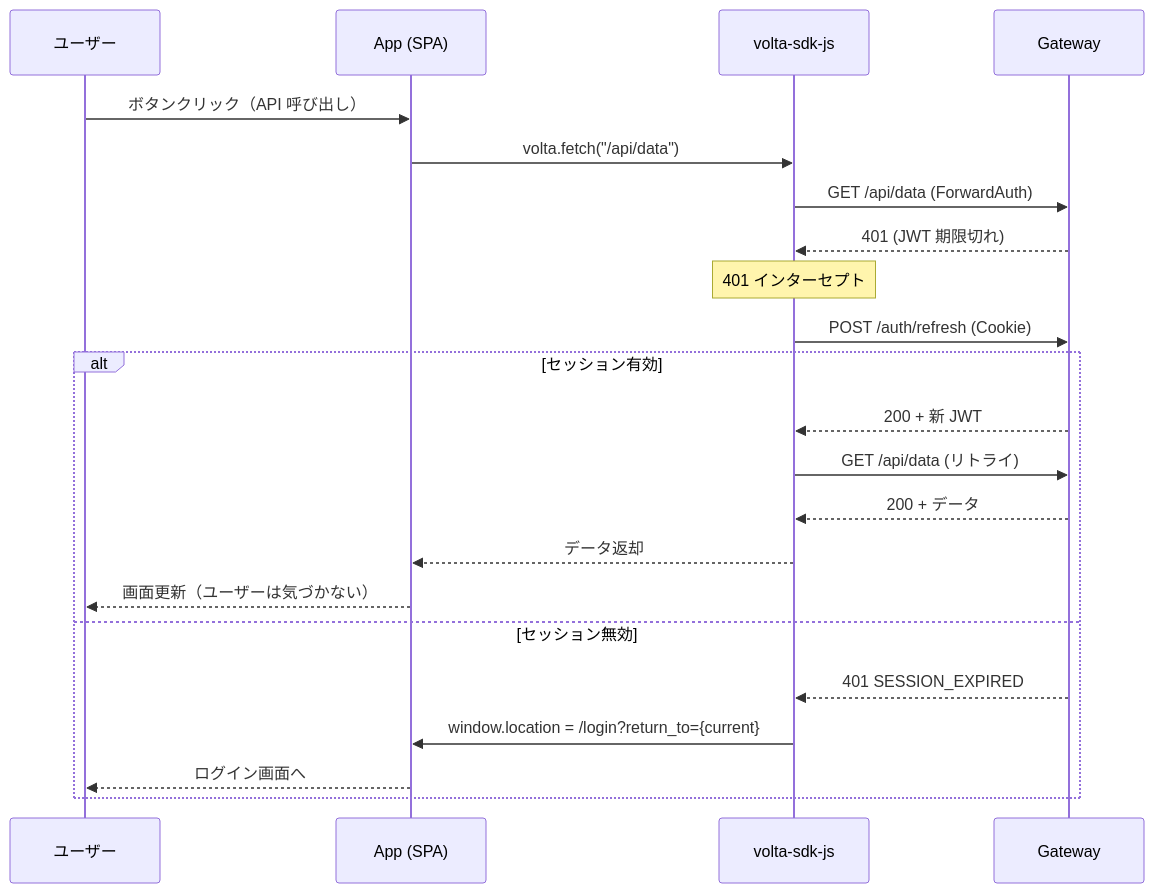
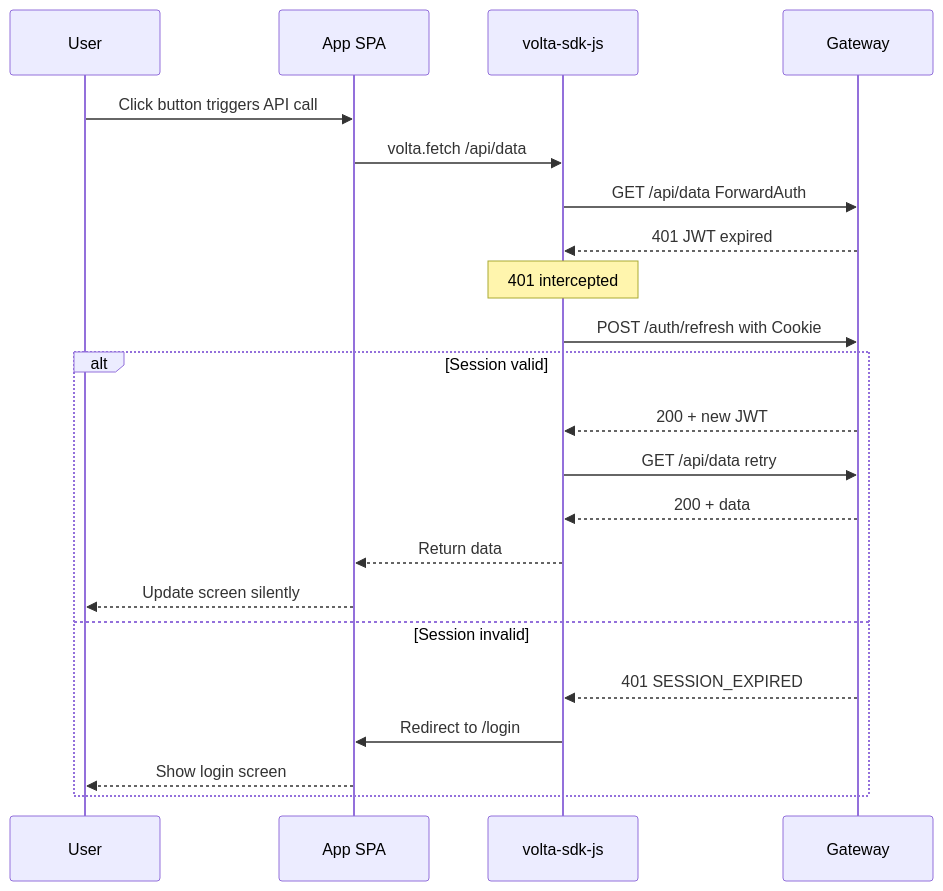
The sixth of 12 diagrams in dge/specs/ui-flow.md (opaopa6969/volta-auth-proxy), drawn with Mermaid before and after one commit. The commit also changed other lines of this file, not shown here.

First line of the commit message:
Fix mermaid diagrams for GitHub rendering

````diff
--- a/dge/specs/ui-flow.md
+++ b/dge/specs/ui-flow.md
@@ -169,27 +161,27 @@
 ```mermaid
 sequenceDiagram
-    participant User as ユーザー
-    participant App as App (SPA)
+    participant User
+    participant App as App SPA
     participant SDK as volta-sdk-js
     participant GW as Gateway
 
-    User->>App: ボタンクリック（API 呼び出し）
-    App->>SDK: volta.fetch("/api/data")
-    SDK->>GW: GET /api/data (ForwardAuth)
-    GW-->>SDK: 401 (JWT 期限切れ)
+    User->>App: Click button triggers API call
+    App->>SDK: volta.fetch /api/data
+    SDK->>GW: GET /api/data ForwardAuth
+    GW-->>SDK: 401 JWT expired
 
-    Note over SDK: 401 インターセプト
+    Note over SDK: 401 intercepted
 
-    SDK->>GW: POST /auth/refresh (Cookie)
-    alt セッション有効
-        GW-->>SDK: 200 + 新 JWT
-        SDK->>GW: GET /api/data (リトライ)
-        GW-->>SDK: 200 + データ
-        SDK-->>App: データ返却
-        App-->>User: 画面更新（ユーザーは気づかない）
-    else セッション無効
+    SDK->>GW: POST /auth/refresh with Cookie
+    alt Session valid
+        GW-->>SDK: 200 + new JWT
+        SDK->>GW: GET /api/data retry
+        GW-->>SDK: 200 + data
+        SDK-->>App: Return data
+        App-->>User: Update screen silently
+    else Session invalid
         GW-->>SDK: 401 SESSION_EXPIRED
-        SDK->>App: window.location = /login?return_to={current}
-        App-->>User: ログイン画面へ
+        SDK->>App: Redirect to /login
+        App-->>User: Show login screen
     end
 ```
````
